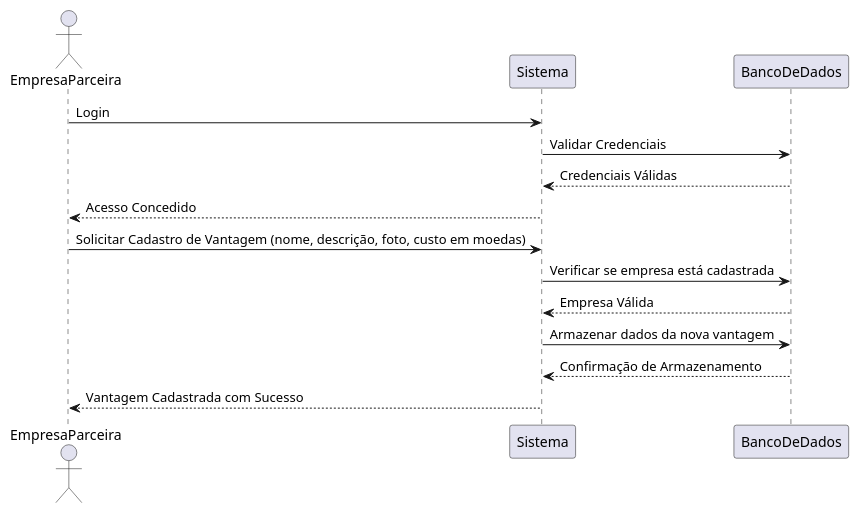
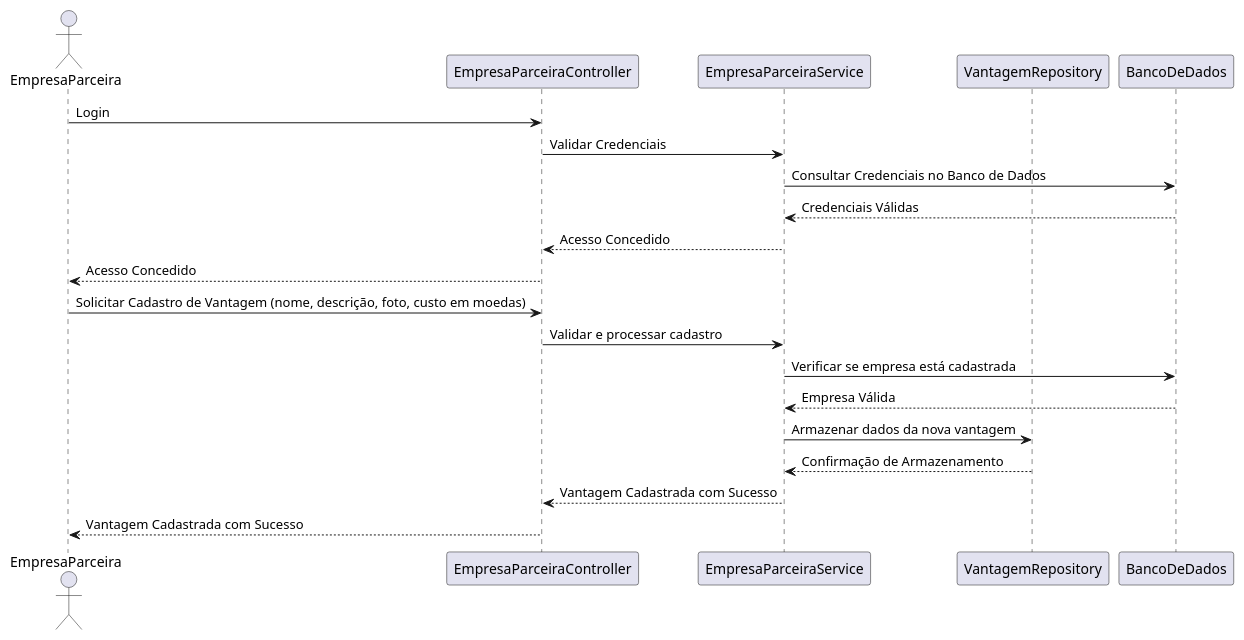
Before and after one commit to rubensm33/LabDevSoftware3: the diagram in Projeto/Cadastro de Vantagem.plantuml, drawn with PlantUML. The commit also changed 8 other files, not shown here.

Commit message:
Adicionando alterações nos diagramas

```diff
--- a/Projeto/Cadastro de Vantagem.plantuml
+++ b/Projeto/Cadastro de Vantagem.plantuml
@@ -1,19 +1,25 @@
 @startuml
 actor EmpresaParceira as EP
-participant Sistema as S
+participant EmpresaParceiraController as EPC
+participant EmpresaParceiraService as EPS
+participant VantagemRepository as VR
 participant BancoDeDados as BD
 
-EP -> S : Login
-S -> BD : Validar Credenciais
-BD --> S : Credenciais Válidas
-S --> EP : Acesso Concedido
+EP -> EPC : Login
+EPC -> EPS : Validar Credenciais
+EPS -> BD : Consultar Credenciais no Banco de Dados
+BD --> EPS : Credenciais Válidas
+EPS --> EPC : Acesso Concedido
+EPC --> EP : Acesso Concedido
 
-EP -> S : Solicitar Cadastro de Vantagem (nome, descrição, foto, custo em moedas)
-S -> BD : Verificar se empresa está cadastrada
-BD --> S : Empresa Válida
-S -> BD : Armazenar dados da nova vantagem
+EP -> EPC : Solicitar Cadastro de Vantagem (nome, descrição, foto, custo em moedas)
+EPC -> EPS : Validar e processar cadastro
+EPS -> BD : Verificar se empresa está cadastrada
+BD --> EPS : Empresa Válida
+EPS -> VR : Armazenar dados da nova vantagem
 
-BD --> S : Confirmação de Armazenamento
-S --> EP : Vantagem Cadastrada com Sucesso
+VR --> EPS : Confirmação de Armazenamento
+EPS --> EPC : Vantagem Cadastrada com Sucesso
+EPC --> EP : Vantagem Cadastrada com Sucesso
 
 @enduml
```
